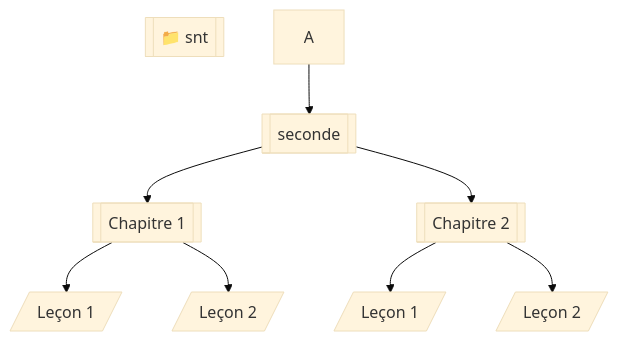
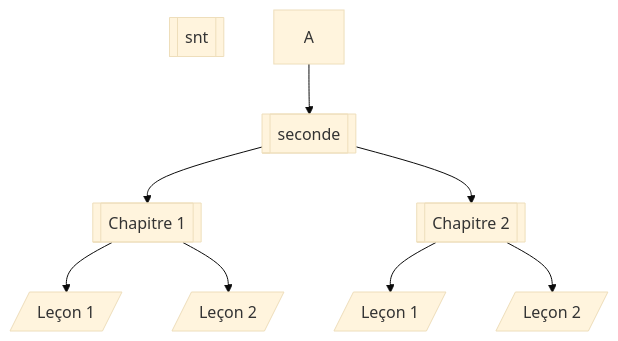
The diagram in seconde/Introduction/Introduction.md (boddaert/snt), drawn with Mermaid (base theme) before and after one commit.

````diff
--- a/seconde/Introduction/Introduction.md
+++ b/seconde/Introduction/Introduction.md
@@ -5,12 +5,12 @@
 ```mermaid
     flowchart TB;
-        test[[📁 snt]]
+        test[[snt]]
         
         A-->B[[seconde]]
         B[[seconde]]-->C[[Chapitre 1]]
         B[[seconde]]-->F[[Chapitre 2]]
         C[[Chapitre 1]]-->D[/Leçon 1/]
         C[[Chapitre 1]]-->E[/Leçon 2/]
         F[[Chapitre 2]]-->G[/Leçon 1/]
         F[[Chapitre 2]]-->H[/Leçon 2/]
 ```
````
